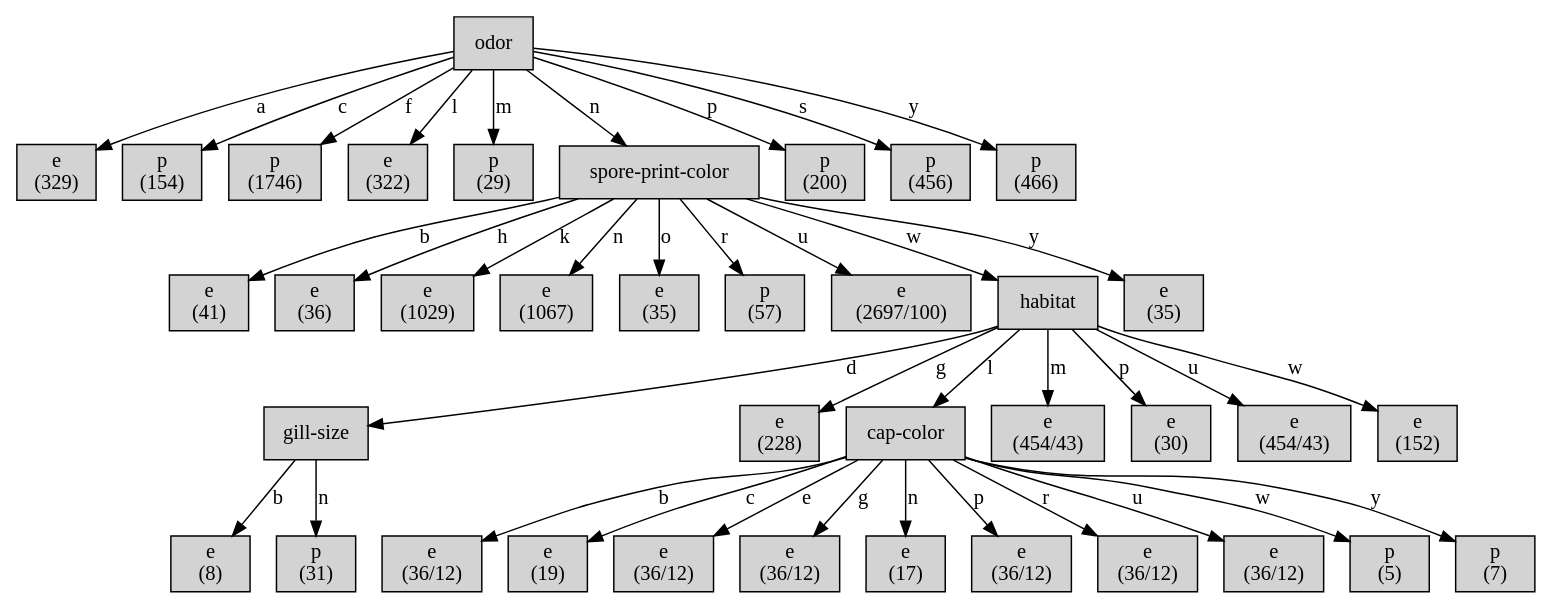
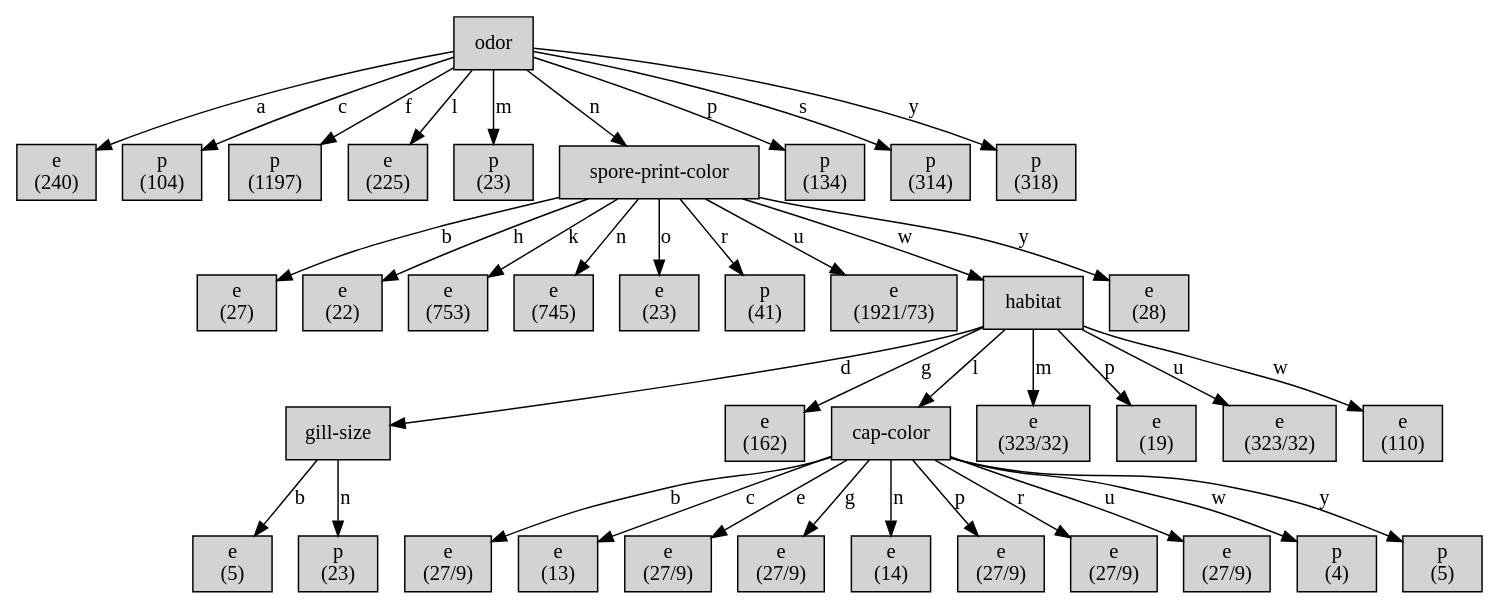
Before and after one commit to thesirodom/DecisionTree-mushroomDataset: the diagram in out.dot, drawn with Graphviz. The commit also changed 5 other files, not shown here.

```diff
--- a/out.dot
+++ b/out.dot
@@ -1,153 +1,153 @@
 digraph ID3_Tree {
 "0" [shape=box, style=filled, label="odor
 ", weight=1]
 "1" [shape=box, style=filled, label="e
-(329)
+(240)
 ", weight=2]
 0 -> 1 [ label = "a"];
 "2" [shape=box, style=filled, label="p
-(154)
+(104)
 ", weight=2]
 0 -> 2 [ label = "c"];
 "3" [shape=box, style=filled, label="p
-(1746)
+(1197)
 ", weight=2]
 0 -> 3 [ label = "f"];
 "4" [shape=box, style=filled, label="e
-(322)
+(225)
 ", weight=2]
 0 -> 4 [ label = "l"];
 "5" [shape=box, style=filled, label="p
-(29)
+(23)
 ", weight=2]
 0 -> 5 [ label = "m"];
 "6" [shape=box, style=filled, label="spore-print-color
 ", weight=2]
 0 -> 6 [ label = "n"];
 "7" [shape=box, style=filled, label="e
-(41)
+(27)
 ", weight=3]
 6 -> 7 [ label = "b"];
 "8" [shape=box, style=filled, label="e
-(36)
+(22)
 ", weight=3]
 6 -> 8 [ label = "h"];
 "9" [shape=box, style=filled, label="e
-(1029)
+(753)
 ", weight=3]
 6 -> 9 [ label = "k"];
 "10" [shape=box, style=filled, label="e
-(1067)
+(745)
 ", weight=3]
 6 -> 10 [ label = "n"];
 "11" [shape=box, style=filled, label="e
-(35)
+(23)
 ", weight=3]
 6 -> 11 [ label = "o"];
 "12" [shape=box, style=filled, label="p
-(57)
+(41)
 ", weight=3]
 6 -> 12 [ label = "r"];
 "13" [shape=box, style=filled, label="e
-(2697/100)
+(1921/73)
 ", weight=3]
 6 -> 13 [ label = "u"];
 "14" [shape=box, style=filled, label="habitat
 ", weight=3]
 6 -> 14 [ label = "w"];
 "15" [shape=box, style=filled, label="gill-size
 ", weight=4]
 14 -> 15 [ label = "d"];
 "16" [shape=box, style=filled, label="e
-(8)
+(5)
 ", weight=5]
 15 -> 16 [ label = "b"];
 "17" [shape=box, style=filled, label="p
-(31)
+(23)
 ", weight=5]
 15 -> 17 [ label = "n"];
 "18" [shape=box, style=filled, label="e
-(228)
+(162)
 ", weight=4]
 14 -> 18 [ label = "g"];
 "19" [shape=box, style=filled, label="cap-color
 ", weight=4]
 14 -> 19 [ label = "l"];
 "20" [shape=box, style=filled, label="e
-(36/12)
+(27/9)
 ", weight=5]
 19 -> 20 [ label = "b"];
 "21" [shape=box, style=filled, label="e
-(19)
+(13)
 ", weight=5]
 19 -> 21 [ label = "c"];
 "22" [shape=box, style=filled, label="e
-(36/12)
+(27/9)
 ", weight=5]
 19 -> 22 [ label = "e"];
 "23" [shape=box, style=filled, label="e
-(36/12)
+(27/9)
 ", weight=5]
 19 -> 23 [ label = "g"];
 "24" [shape=box, style=filled, label="e
-(17)
+(14)
 ", weight=5]
 19 -> 24 [ label = "n"];
 "25" [shape=box, style=filled, label="e
-(36/12)
+(27/9)
 ", weight=5]
 19 -> 25 [ label = "p"];
 "26" [shape=box, style=filled, label="e
-(36/12)
+(27/9)
 ", weight=5]
 19 -> 26 [ label = "r"];
 "27" [shape=box, style=filled, label="e
-(36/12)
+(27/9)
 ", weight=5]
 19 -> 27 [ label = "u"];
 "28" [shape=box, style=filled, label="p
-(5)
+(4)
 ", weight=5]
 19 -> 28 [ label = "w"];
 "29" [shape=box, style=filled, label="p
-(7)
+(5)
 ", weight=5]
 19 -> 29 [ label = "y"];
 "30" [shape=box, style=filled, label="e
-(454/43)
+(323/32)
 ", weight=4]
 14 -> 30 [ label = "m"];
 "31" [shape=box, style=filled, label="e
-(30)
+(19)
 ", weight=4]
 14 -> 31 [ label = "p"];
 "32" [shape=box, style=filled, label="e
-(454/43)
+(323/32)
 ", weight=4]
 14 -> 32 [ label = "u"];
 "33" [shape=box, style=filled, label="e
-(152)
+(110)
 ", weight=4]
 14 -> 33 [ label = "w"];
 "34" [shape=box, style=filled, label="e
-(35)
+(28)
 ", weight=3]
 6 -> 34 [ label = "y"];
 "35" [shape=box, style=filled, label="p
-(200)
+(134)
 ", weight=2]
 0 -> 35 [ label = "p"];
 "36" [shape=box, style=filled, label="p
-(456)
+(314)
 ", weight=2]
 0 -> 36 [ label = "s"];
 "37" [shape=box, style=filled, label="p
-(466)
+(318)
 ", weight=2]
 0 -> 37 [ label = "y"];
 {rank=same; 0;};
 {rank=same; 1;2;3;4;5;6;35;36;37;};
 {rank=same; 7;8;9;10;11;12;13;14;34;};
 {rank=same; 15;18;19;30;31;32;33;};
 {rank=same; 16;17;20;21;22;23;24;25;26;27;28;29;};
 }
```
